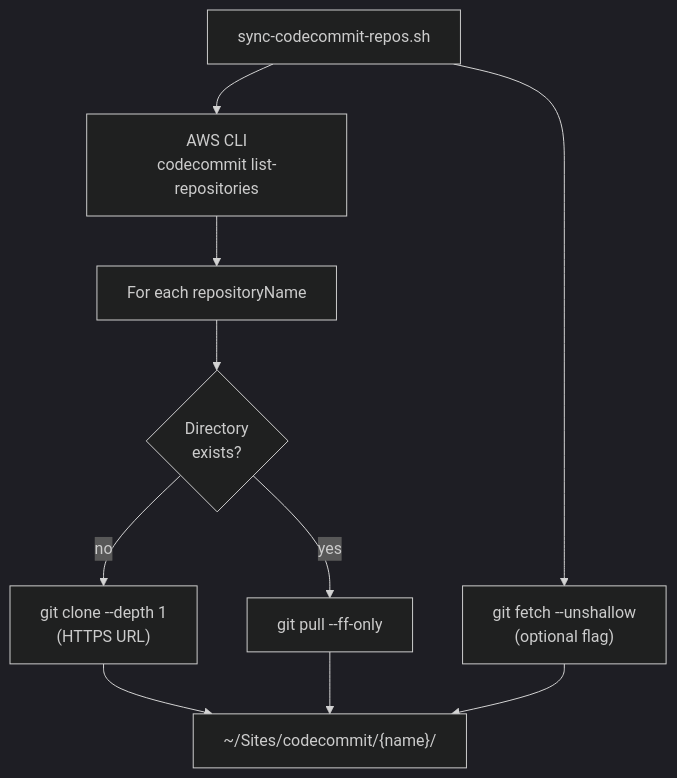
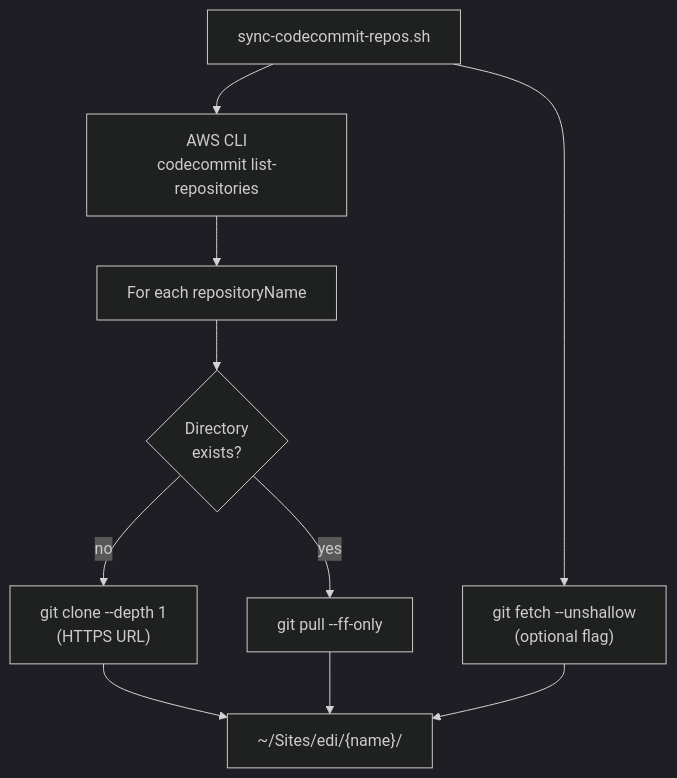
The diagram in docs/superpowers/specs/2026-06-08-codecommit-bulk-clone-design.md (digitales/dark-factory), drawn with Mermaid (dark theme) before and after one commit. The commit also changed other lines of this file and 4 other files, not shown here.

````diff
--- a/docs/superpowers/specs/2026-06-08-codecommit-bulk-clone-design.md
+++ b/docs/superpowers/specs/2026-06-08-codecommit-bulk-clone-design.md
@@ -49,16 +49,16 @@
 ```mermaid
 flowchart TD
     Script["sync-codecommit-repos.sh"]
     AWS["AWS CLI\ncodecommit list-repositories"]
     Loop["For each repositoryName"]
     Exists{"Directory\nexists?"}
     Clone["git clone --depth 1\n(HTTPS URL)"]
     Pull["git pull --ff-only"]
     Deepen["git fetch --unshallow\n(optional flag)"]
-    Sites["~/Sites/codecommit/{name}/"]
+    Sites["~/Sites/edi/{name}/"]
 
     Script --> AWS --> Loop --> Exists
     Exists -->|no| Clone --> Sites
     Exists -->|yes| Pull --> Sites
     Script --> Deepen --> Sites
 ```
````
